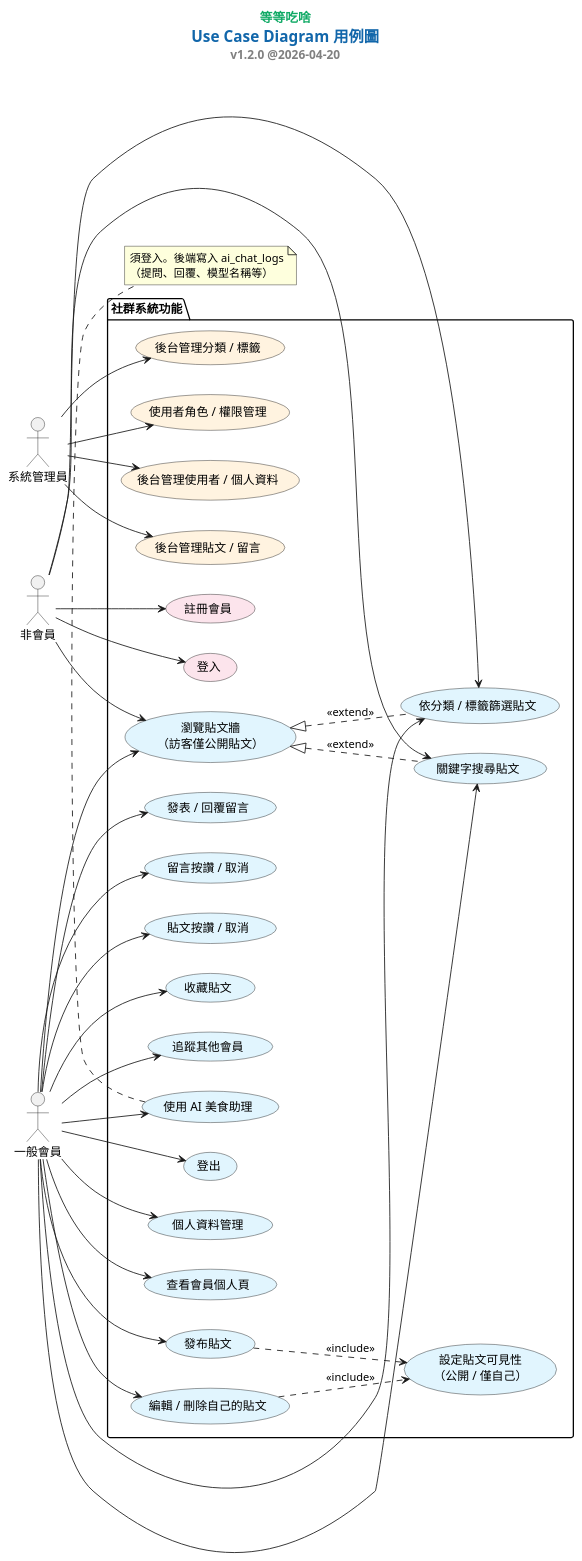
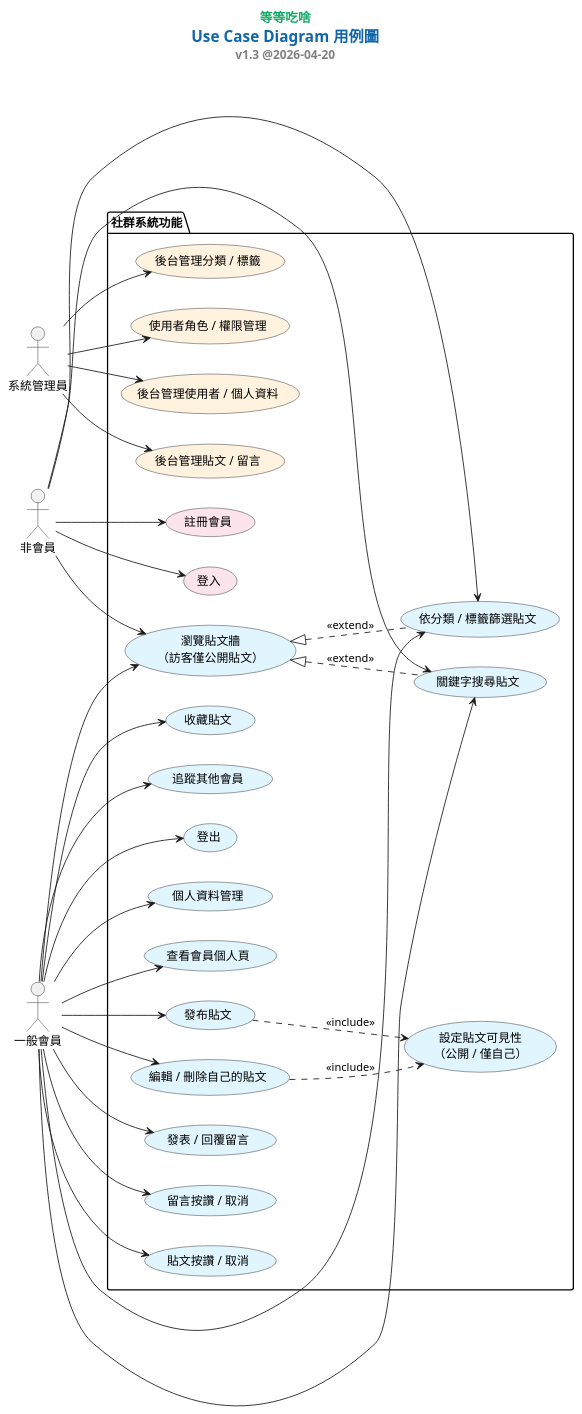
One commit to yuyu950708/djangotutorial changed the diagram in README.md. Above: the diagram before and after it, drawn with PlantUML. The commit also changed other lines of this file, not shown here.

````diff
--- a/README.md
+++ b/README.md
@@ -190,82 +188,72 @@
 ```plantuml
 @startuml use_case
 
-title "<color #1A6><size 15>等等吃啥</size></color>\n<color #16A><size 18>Use Case Diagram 用例圖</size></color>\n<color grey>v1.2.0 @2026-04-20</color>\n"
+title "<color #1A6><size 15>等等吃啥</size></color>\n<color #16A><size 18>Use Case Diagram 用例圖</size></color>\n<color grey>v1.3 @2026-04-20</color>\n"
 
 left to right direction
 
 actor "系統管理員" as SysAdmin
 actor "非會員" as Guest
 actor "一般會員" as Member
 
 package "社群系統功能" {
     usecase UC_Register as "註冊會員" #FCE4EC
     usecase UC_Login as "登入" #FCE4EC
 
     usecase UC_Logout as "登出" #E1F5FE
     usecase UC_ProfileEdit as "個人資料管理" #E1F5FE
     usecase UC_ProfileView as "查看會員個人頁" #E1F5FE
     usecase UC_Feed as "瀏覽貼文牆\n（訪客僅公開貼文）" #E1F5FE
 
     usecase UC_Filter as "依分類 / 標籤篩選貼文" #E1F5FE
     usecase UC_Search as "關鍵字搜尋貼文" #E1F5FE
 
     usecase UC_CreatePost as "發布貼文" #E1F5FE
     usecase UC_EditDeletePost as "編輯 / 刪除自己的貼文" #E1F5FE
     usecase UC_Visibility as "設定貼文可見性\n（公開 / 僅自己）" #E1F5FE
 
     usecase UC_Comment as "發表 / 回覆留言" #E1F5FE
     usecase UC_CommentLike as "留言按讚 / 取消" #E1F5FE
     usecase UC_Like as "貼文按讚 / 取消" #E1F5FE
     usecase UC_Collect as "收藏貼文" #E1F5FE
     usecase UC_Follow as "追蹤其他會員" #E1F5FE
 
-    usecase UC_AI as "使用 AI 美食助理" #E1F5FE
-
     usecase UC_AdminUsers as "後台管理使用者 / 個人資料" #FFF3E0
     usecase UC_AdminContent as "後台管理貼文 / 留言" #FFF3E0
     usecase UC_AdminTaxonomy as "後台管理分類 / 標籤" #FFF3E0
     usecase UC_AdminRole as "使用者角色 / 權限管理" #FFF3E0
 }
 
 Guest --> UC_Register
 Guest --> UC_Login
 Guest --> UC_Feed
 Guest --> UC_Filter
 Guest --> UC_Search
 
 Member --> UC_Logout
 Member --> UC_ProfileEdit
 Member --> UC_ProfileView
 Member --> UC_Feed
 Member --> UC_Filter
 Member --> UC_Search
 Member --> UC_CreatePost
 Member --> UC_EditDeletePost
 Member --> UC_Like
 Member --> UC_Comment
 Member --> UC_CommentLike
 Member --> UC_Collect
 Member --> UC_Follow
-Member --> UC_AI
 
 SysAdmin --> UC_AdminUsers
 SysAdmin --> UC_AdminContent
 SysAdmin --> UC_AdminTaxonomy
 SysAdmin --> UC_AdminRole
 
-' UML：選擇性擴充行為由「擴充用例」指向「基礎用例」（篩選／搜尋皆可視為在瀏覽貼文牆上的延伸）
 UC_Feed <|.. UC_Filter : <<extend>>
 UC_Feed <|.. UC_Search : <<extend>>
 
-' 發布與編輯流程內含「可見性」設定（表單欄位），勿用「發布 extend 編輯刪除」易誤解生命週期
 UC_CreatePost ..> UC_Visibility : <<include>>
 UC_EditDeletePost ..> UC_Visibility : <<include>>
 
-note bottom of UC_AI
-須登入。後端寫入 ai_chat_logs
-（提問、回覆、模型名稱等）
-end note
-
 @enduml
 ```
````
